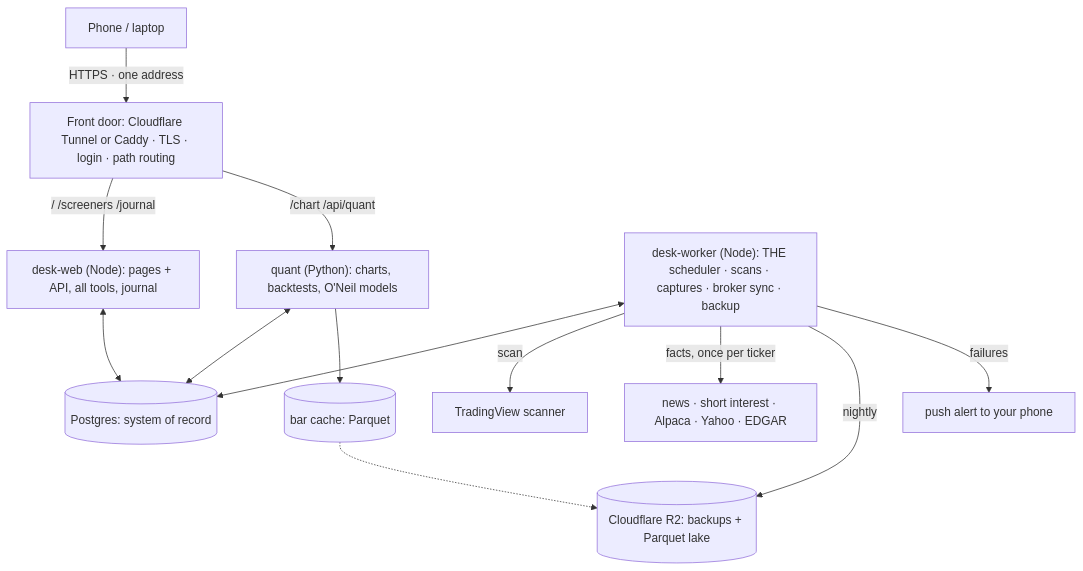
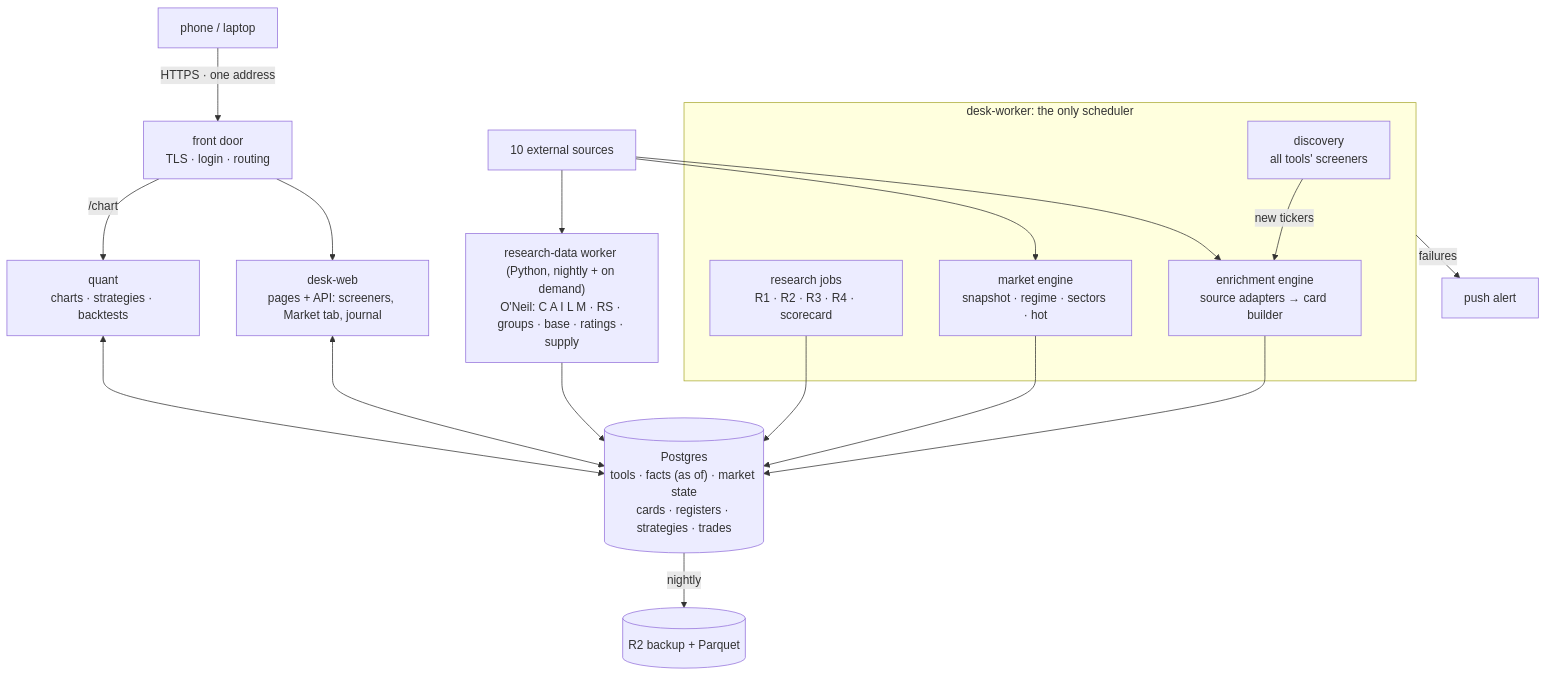
One commit to Mohamed-albadri-1995/Trade-Disk changed the second of 4 diagrams in architecture/REBUILD-ARCHITECTURE.md. Above: the diagram before and after it, drawn with Mermaid. The commit also changed other lines of this file and 3 other files, not shown here.

First line of the commit message:
Architecture: the card, the Market tab and O'Neil placed where they belong

````diff
--- a/architecture/REBUILD-ARCHITECTURE.md
+++ b/architecture/REBUILD-ARCHITECTURE.md
@@ -72,16 +114,28 @@
 ```mermaid
 flowchart TB
-  P["Phone / laptop"] -->|"HTTPS · one address"| E["Front door: Cloudflare Tunnel or Caddy · TLS · login · path routing"]
-  E -->|"/  /screeners  /journal"| W["desk-web (Node): pages + API, all tools, journal"]
-  E -->|"/chart  /api/quant"| Q["quant (Python): charts, backtests, O'Neil models"]
-  K["desk-worker (Node): THE scheduler · scans · captures · broker sync · backup"]
-  W <--> DB[("Postgres: system of record")]
-  K <--> DB
+  P["phone / laptop"] -->|"HTTPS · one address"| E["front door<br/>TLS · login · routing"]
+  E --> W["desk-web<br/>pages + API: screeners, Market tab, journal"]
+  E -->|"/chart"| Q["quant<br/>charts · strategies · backtests"]
+
+  subgraph WORKER["desk-worker: the only scheduler"]
+    DISC["discovery<br/>all tools' screeners"]
+    ENR["enrichment engine<br/>source adapters → card builder"]
+    MKT["market engine<br/>snapshot · regime · sectors · hot"]
+    CAP["research jobs<br/>R1 · R2 · R3 · R4 · scorecard"]
+  end
+  RW["research-data worker (Python, nightly + on demand)<br/>O'Neil: C A I L M · RS · groups · base · ratings · supply"]
+
+  DISC -->|"new tickers"| ENR
+  ENR --> DB
+  MKT --> DB
+  CAP --> DB
+  RW --> DB
+  DB[("Postgres<br/>tools · facts (as of) · market state<br/>cards · registers · strategies · trades")]
+  W <--> DB
   Q <--> DB
-  K -->|"scan"| TV["TradingView scanner"]
-  K -->|"facts, once per ticker"| SRC["news · short interest · Alpaca · Yahoo · EDGAR"]
-  Q --> BARS[("bar cache: Parquet")]
-  K -->|"nightly"| R2[("Cloudflare R2: backups + Parquet lake")]
-  BARS -.-> R2
-  K -->|"failures"| N["push alert to your phone"]
+  EXT["10 external sources"] --> ENR
+  EXT --> MKT
+  EXT --> RW
+  WORKER -->|"failures"| PUSH["push alert"]
+  DB -->|"nightly"| R2[("R2 backup + Parquet")]
 ```
````
